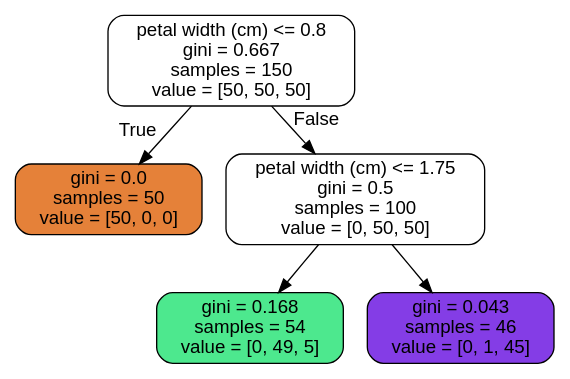
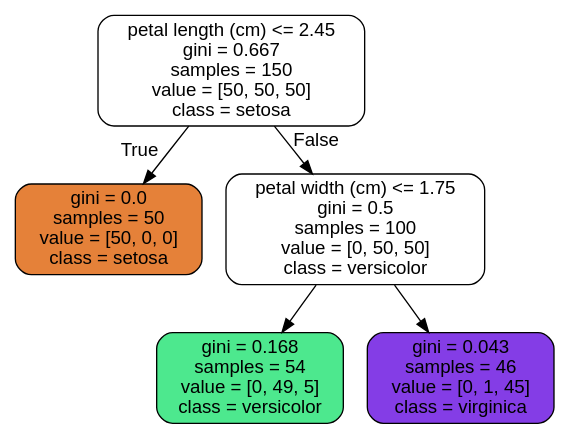
One commit to jcisarano/tensorflow_practice changed the diagram in handson/06_decision_trees/images/iris_tree.dot. Above: the diagram before and after it, drawn with Graphviz. The commit also changed 6 other files, not shown here.

```diff
--- a/handson/06_decision_trees/images/iris_tree.dot
+++ b/handson/06_decision_trees/images/iris_tree.dot
@@ -1,13 +1,13 @@
 digraph Tree {
 node [shape=box, style="filled, rounded", color="black", fontname="helvetica"] ;
 edge [fontname="helvetica"] ;
-0 [label="petal width (cm) <= 0.8\ngini = 0.667\nsamples = 150\nvalue = [50, 50, 50]", fillcolor="#ffffff"] ;
-1 [label="gini = 0.0\nsamples = 50\nvalue = [50, 0, 0]", fillcolor="#e58139"] ;
+0 [label="petal length (cm) <= 2.45\ngini = 0.667\nsamples = 150\nvalue = [50, 50, 50]\nclass = setosa", fillcolor="#ffffff"] ;
+1 [label="gini = 0.0\nsamples = 50\nvalue = [50, 0, 0]\nclass = setosa", fillcolor="#e58139"] ;
 0 -> 1 [labeldistance=2.5, labelangle=45, headlabel="True"] ;
-2 [label="petal width (cm) <= 1.75\ngini = 0.5\nsamples = 100\nvalue = [0, 50, 50]", fillcolor="#ffffff"] ;
+2 [label="petal width (cm) <= 1.75\ngini = 0.5\nsamples = 100\nvalue = [0, 50, 50]\nclass = versicolor", fillcolor="#ffffff"] ;
 0 -> 2 [labeldistance=2.5, labelangle=-45, headlabel="False"] ;
-3 [label="gini = 0.168\nsamples = 54\nvalue = [0, 49, 5]", fillcolor="#4de88e"] ;
+3 [label="gini = 0.168\nsamples = 54\nvalue = [0, 49, 5]\nclass = versicolor", fillcolor="#4de88e"] ;
 2 -> 3 ;
-4 [label="gini = 0.043\nsamples = 46\nvalue = [0, 1, 45]", fillcolor="#843de6"] ;
+4 [label="gini = 0.043\nsamples = 46\nvalue = [0, 1, 45]\nclass = virginica", fillcolor="#843de6"] ;
 2 -> 4 ;
 }
```
